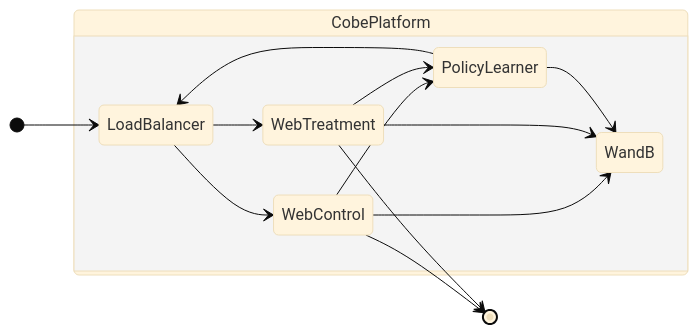
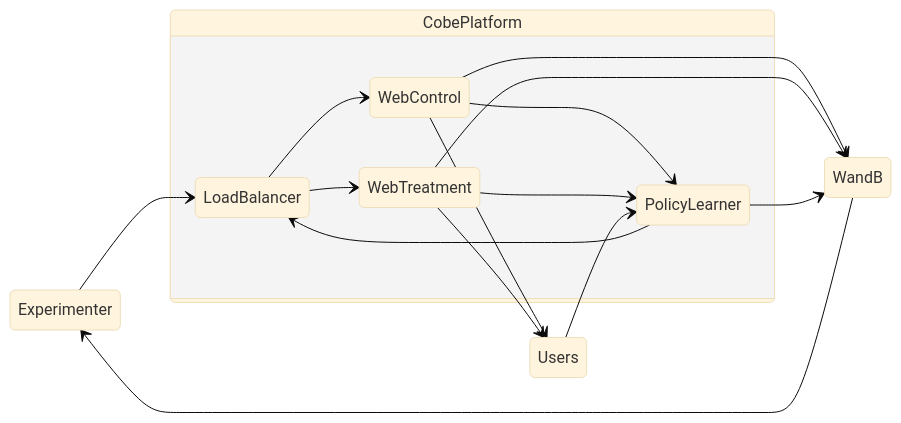
Before and after one commit to wirrywoo/COBRA: the diagram in README.md, drawn with Mermaid (base theme).

````diff
--- a/README.md
+++ b/README.md
@@ -88,19 +88,21 @@
 ```mermaid
 stateDiagram-v2
     direction LR
-    [*] --> LoadBalancer
+    Experimenter --> LoadBalancer
 
     state CobePlatform {
         direction LR
         LoadBalancer --> WebControl
         LoadBalancer --> WebTreatment
-        WebControl --> WandB
-        WebTreatment --> WandB
         WebControl --> PolicyLearner
         WebTreatment --> PolicyLearner
-        PolicyLearner --> WandB
         PolicyLearner --> LoadBalancer
     }
-    WebControl --> [*]
-    WebTreatment --> [*]
+    WebControl --> Users
+    WebTreatment --> Users
+    Users --> PolicyLearner
+    WebControl --> WandB
+    WebTreatment --> WandB
+    PolicyLearner --> WandB
+    WandB --> Experimenter
 ```
````
